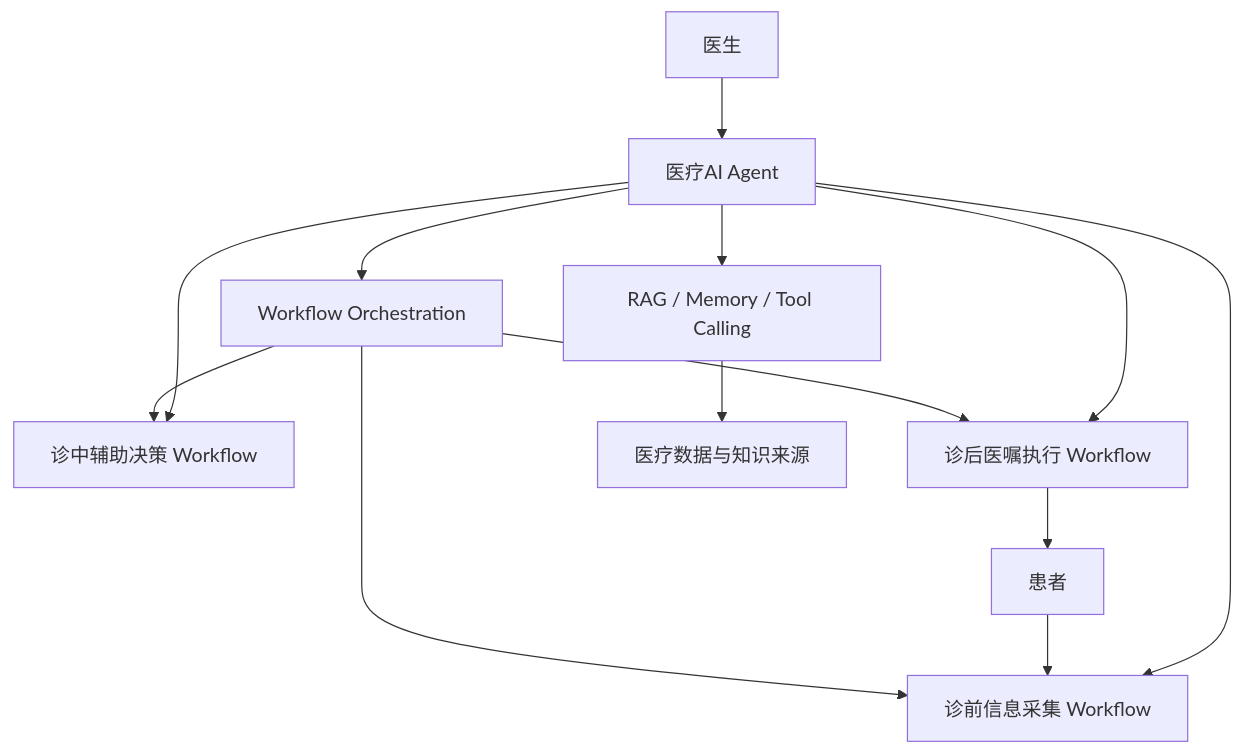
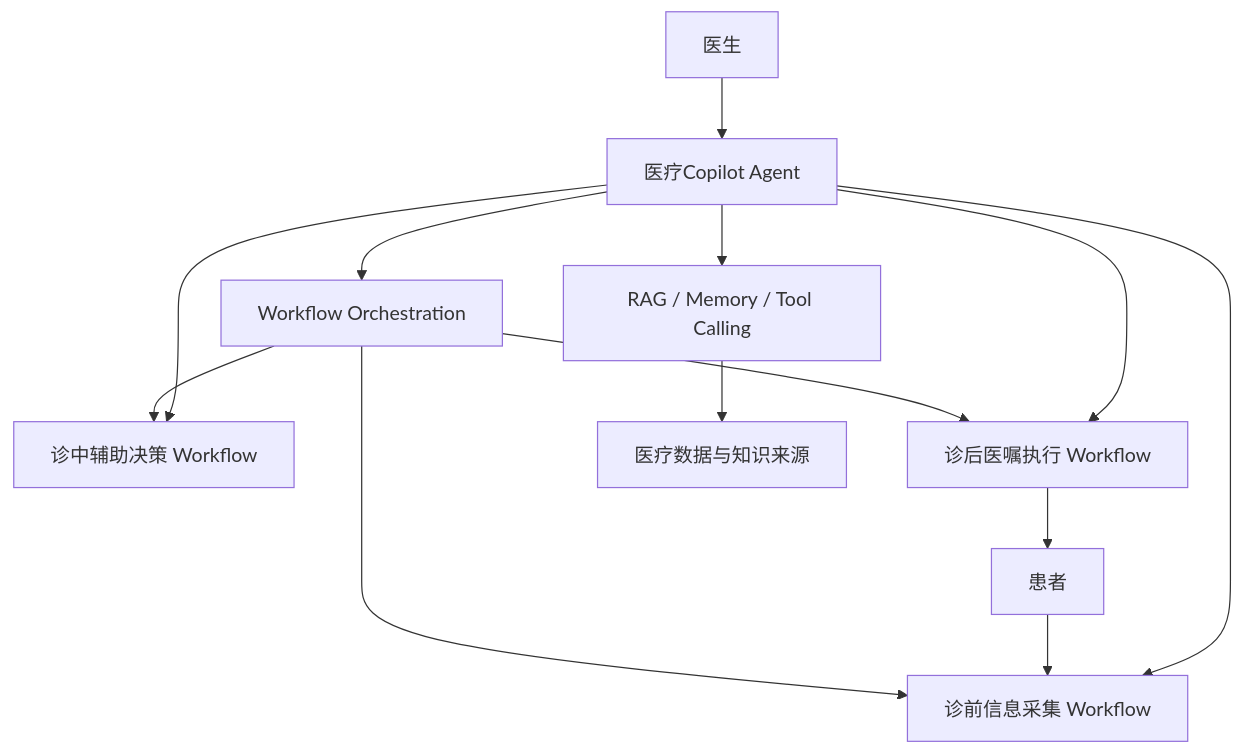
The diagram in 03_Project/AI先锋大赛-医生AI Copilot Agentic Workflow-知识总览.md (cnpetershen/ai-medical-agent-brain), drawn with Mermaid before and after one commit. The commit also changed other lines of this file and 18 other files, not shown here.

````diff
--- a/03_Project/AI先锋大赛-医生AI Copilot Agentic Workflow-知识总览.md
+++ b/03_Project/AI先锋大赛-医生AI Copilot Agentic Workflow-知识总览.md
@@ -24,15 +24,15 @@
 ```mermaid
 flowchart TD
-    A[医生] --> B[医疗AI Agent]
+    A[医生] --> B[医疗Copilot Agent]
     B --> C[诊前信息采集 Workflow]
     B --> D[诊中辅助决策 Workflow]
     B --> E[诊后医嘱执行 Workflow]
     F[患者] --> C
     E --> F
     B --> G[RAG / Memory / Tool Calling]
     G --> H[医疗数据与知识来源]
     B --> I[Workflow Orchestration]
     I --> C
     I --> D
     I --> E
 ```
````
